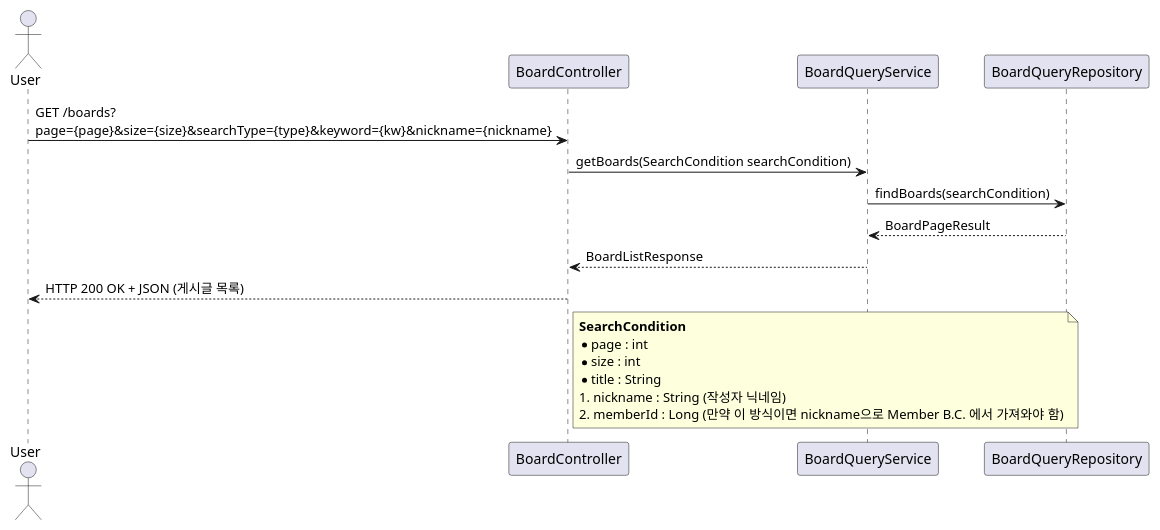
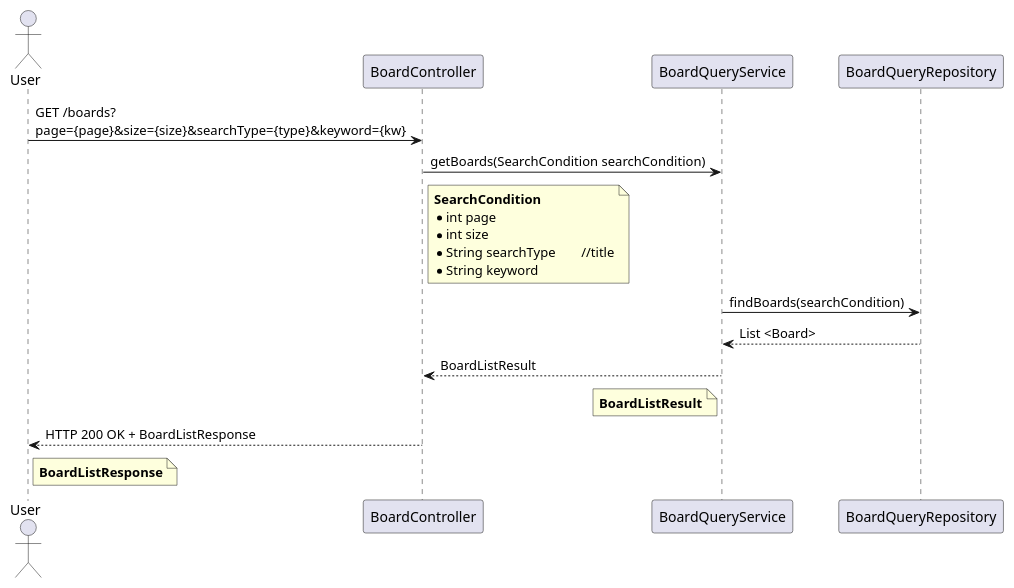
Before and after one commit to SimpleBoardTeam/server-hyunchang: the diagram in document/puml/event/externalAPI/boardContext/boardAggregate/queryBoard.puml, drawn with PlantUML.

Commit message:
docs(diagram): Dto 작업

```diff
--- a/document/puml/event/externalAPI/boardContext/boardAggregate/queryBoard.puml
+++ b/document/puml/event/externalAPI/boardContext/boardAggregate/queryBoard.puml
@@ -1,24 +1,29 @@
 @startuml
 actor User
 participant BoardController
 participant BoardQueryService
 participant BoardQueryRepository
 
-User -> BoardController : GET /boards? \npage={page}&size={size}&searchType={type}&keyword={kw}&nickname={nickname}
+User -> BoardController : GET /boards? \npage={page}&size={size}&searchType={type}&keyword={kw}
 BoardController -> BoardQueryService : getBoards(SearchCondition searchCondition)
+note right of BoardController
+<b>SearchCondition</b>
+* int page
+* int size
+* String searchType \t//title
+* String keyword
+end note
 
 BoardQueryService -> BoardQueryRepository : findBoards(searchCondition)
-BoardQueryRepository --> BoardQueryService : BoardPageResult
+BoardQueryRepository --> BoardQueryService : List <Board>
 
-BoardQueryService --> BoardController : BoardListResponse
+BoardQueryService --> BoardController : BoardListResult
+note left of BoardQueryService
+<b>BoardListResult</b>
+end note
 
-BoardController --> User : HTTP 200 OK + JSON (게시글 목록)
-note right of BoardController
-<b>SearchCondition</b>
-* page : int
-* size : int
-* title : String
-1. nickname : String (작성자 닉네임)
-2. memberId : Long (만약 이 방식이면 nickname으로 Member B.C. 에서 가져와야 함)
+BoardController --> User : HTTP 200 OK + BoardListResponse
+note right of User
+<b>BoardListResponse</b>
 end note
 @enduml
```
